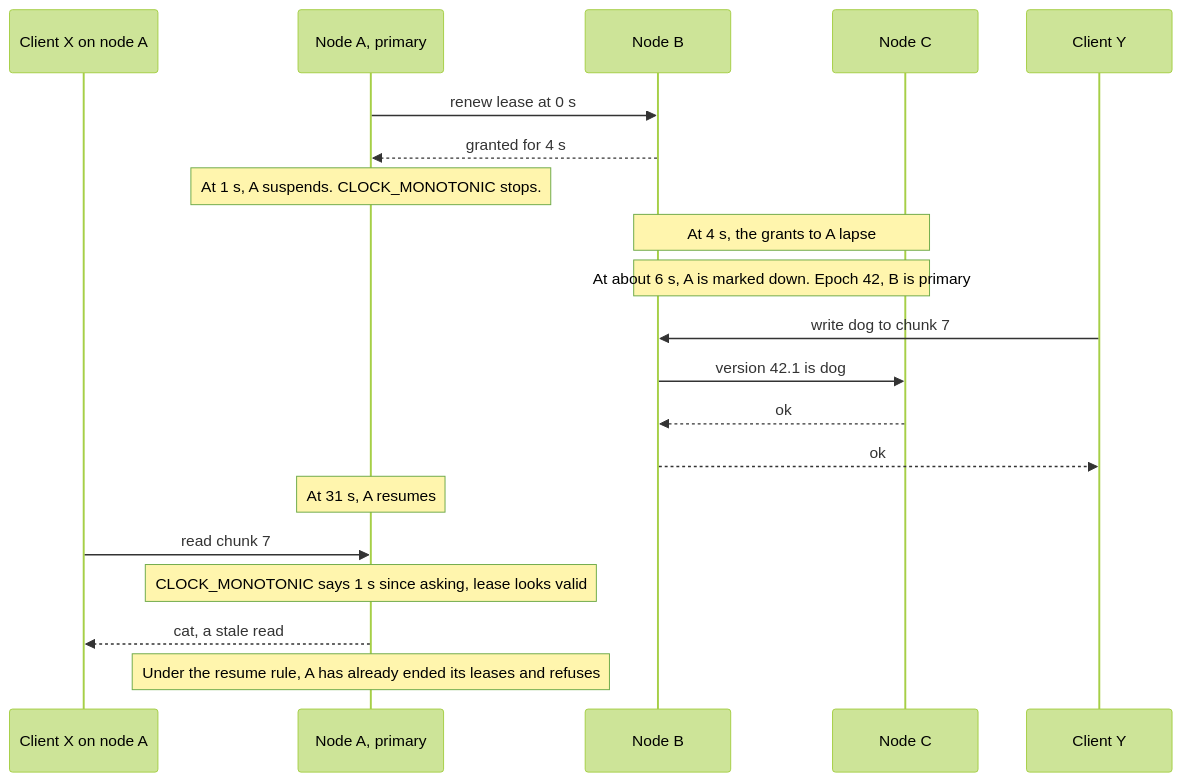
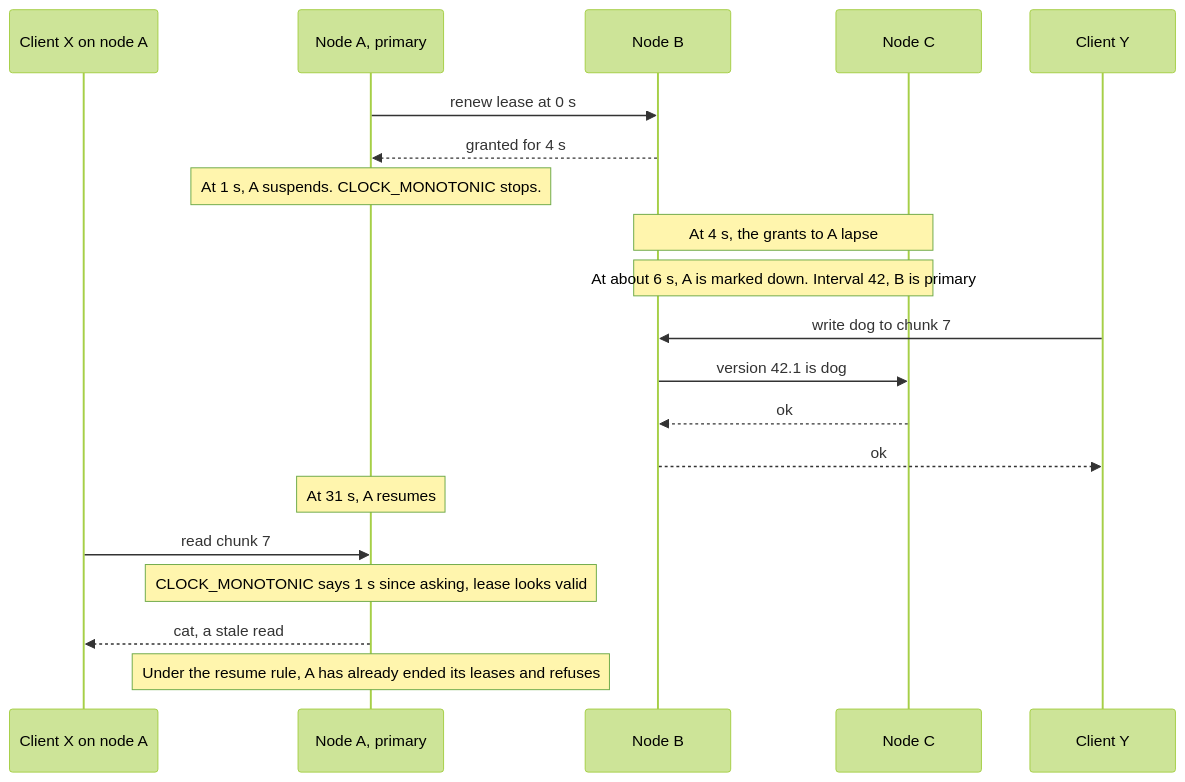
One commit to nvcnvn/rock-solid changed the fifth of 9 diagrams in blogs/03-epochs-leases-and-failures.md. Above: the diagram before and after it, drawn with Mermaid (forest theme). The commit also changed other lines of this file and 11 other files, not shown here.

````diff
--- a/blogs/03-epochs-leases-and-failures.md
+++ b/blogs/03-epochs-leases-and-failures.md
@@ -445,22 +522,22 @@
 ```mermaid
 sequenceDiagram
     participant X as Client X on node A
     participant A as Node A, primary
     participant B as Node B
     participant C as Node C
     participant Y as Client Y
     A->>B: renew lease at 0 s
     B-->>A: granted for 4 s
     Note over A: At 1 s, A suspends. CLOCK_MONOTONIC stops.
     Note over B,C: At 4 s, the grants to A lapse
-    Note over B,C: At about 6 s, A is marked down. Epoch 42, B is primary
+    Note over B,C: At about 6 s, A is marked down. Interval 42, B is primary
     Y->>B: write dog to chunk 7
     B->>C: version 42.1 is dog
     C-->>B: ok
     B-->>Y: ok
     Note over A: At 31 s, A resumes
     X->>A: read chunk 7
     Note over A: CLOCK_MONOTONIC says 1 s since asking, lease looks valid
     A-->>X: cat, a stale read
     Note over A: Under the resume rule, A has already ended its leases and refuses
 ```
````
